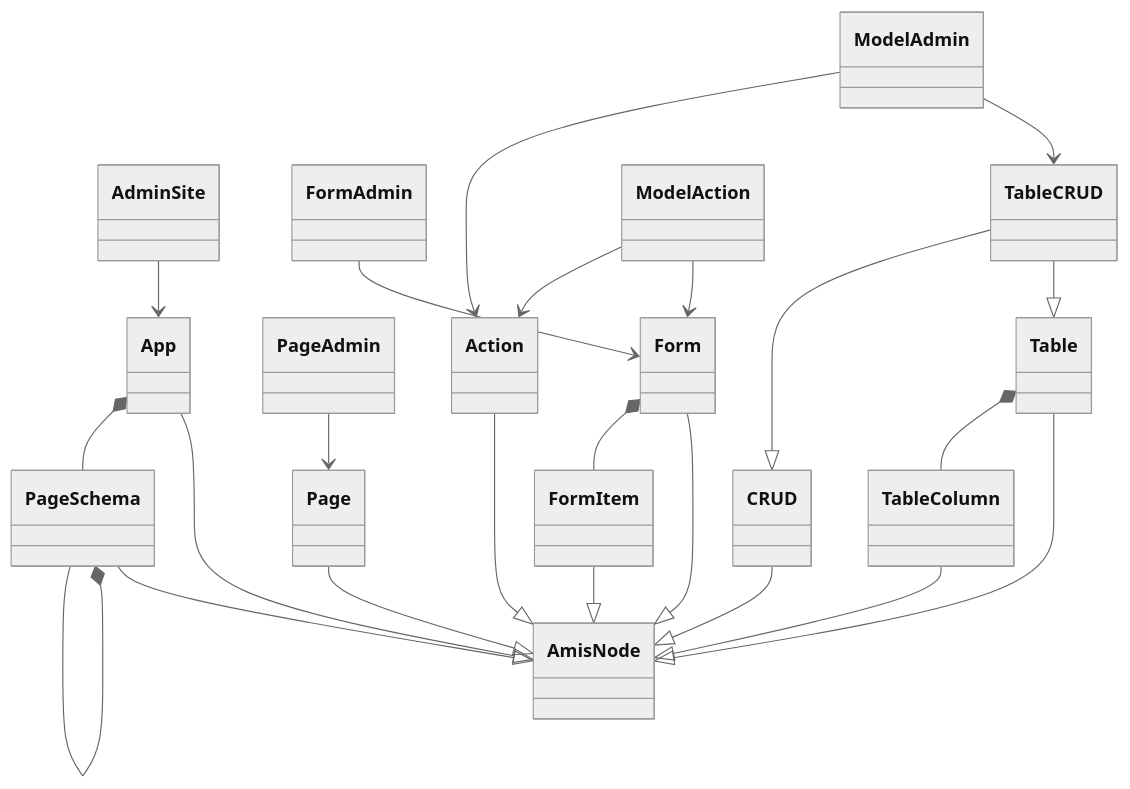
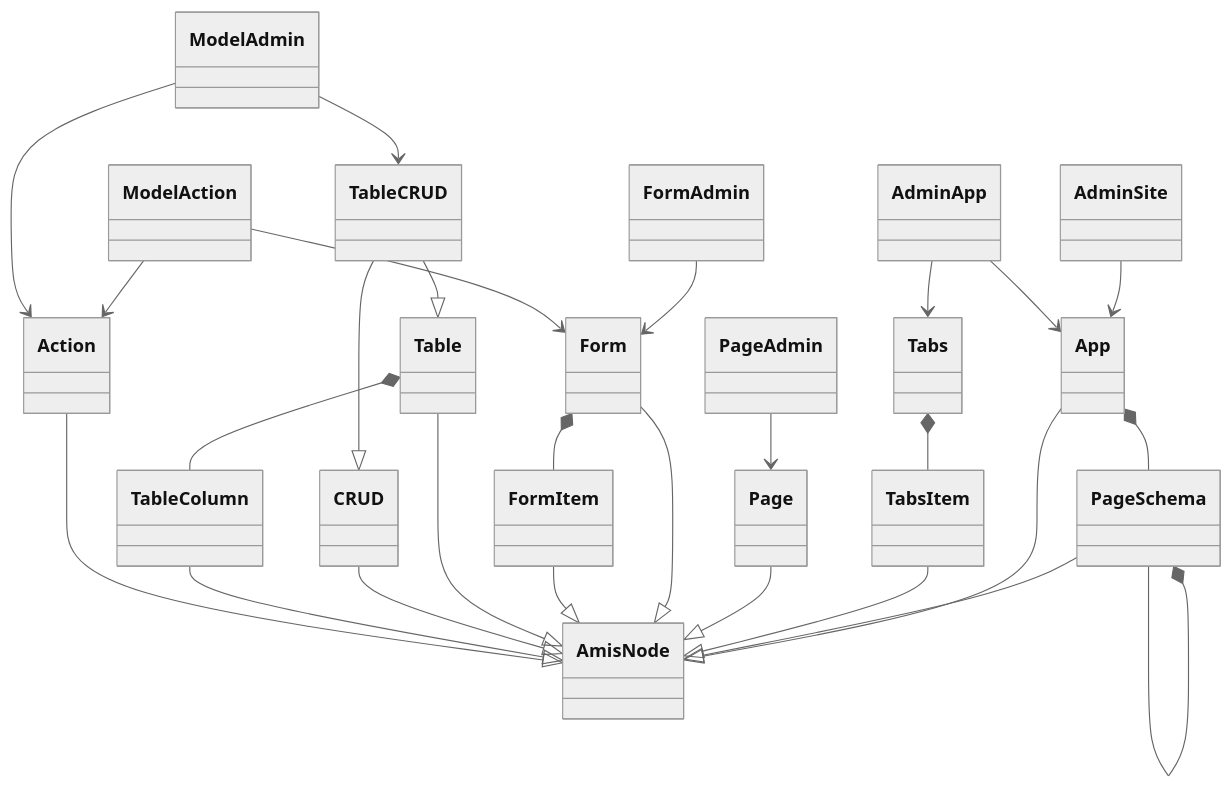
One commit to amisadmin/fastapi-amis-admin changed the second of 2 diagrams in docs/zh/docs/amis_admin/BaseAdmin.md. Above: the diagram before and after it, drawn with Mermaid (neutral theme). The commit also changed other lines of this file and 8 other files, not shown here.

````diff
--- a/docs/zh/docs/amis_admin/BaseAdmin.md
+++ b/docs/zh/docs/amis_admin/BaseAdmin.md
@@ -78,29 +96,34 @@
 ```mermaid
 classDiagram
 AdminSite --> App
 App --|> AmisNode
 App *-- PageSchema
 PageSchema --|> AmisNode
 PageSchema *-- PageSchema
+
+AdminApp --> App
+AdminApp --> Tabs
+Tabs *-- TabsItem
+TabsItem --|> AmisNode
 
 Page --|> AmisNode
 PageAdmin --> Page
 
 Form --|> AmisNode
 FormItem --|> AmisNode
 Form *-- FormItem
 FormAdmin --> Form
 
 Table --|> AmisNode
 CRUD --|> AmisNode
 TableCRUD --|> Table
 TableCRUD --|> CRUD
 Table *-- TableColumn
 TableColumn --|> AmisNode
 Action --|> AmisNode
 ModelAction --> Form
 ModelAction --> Action
 ModelAdmin --> TableCRUD
 ModelAdmin --> Action
 
 ```
````
